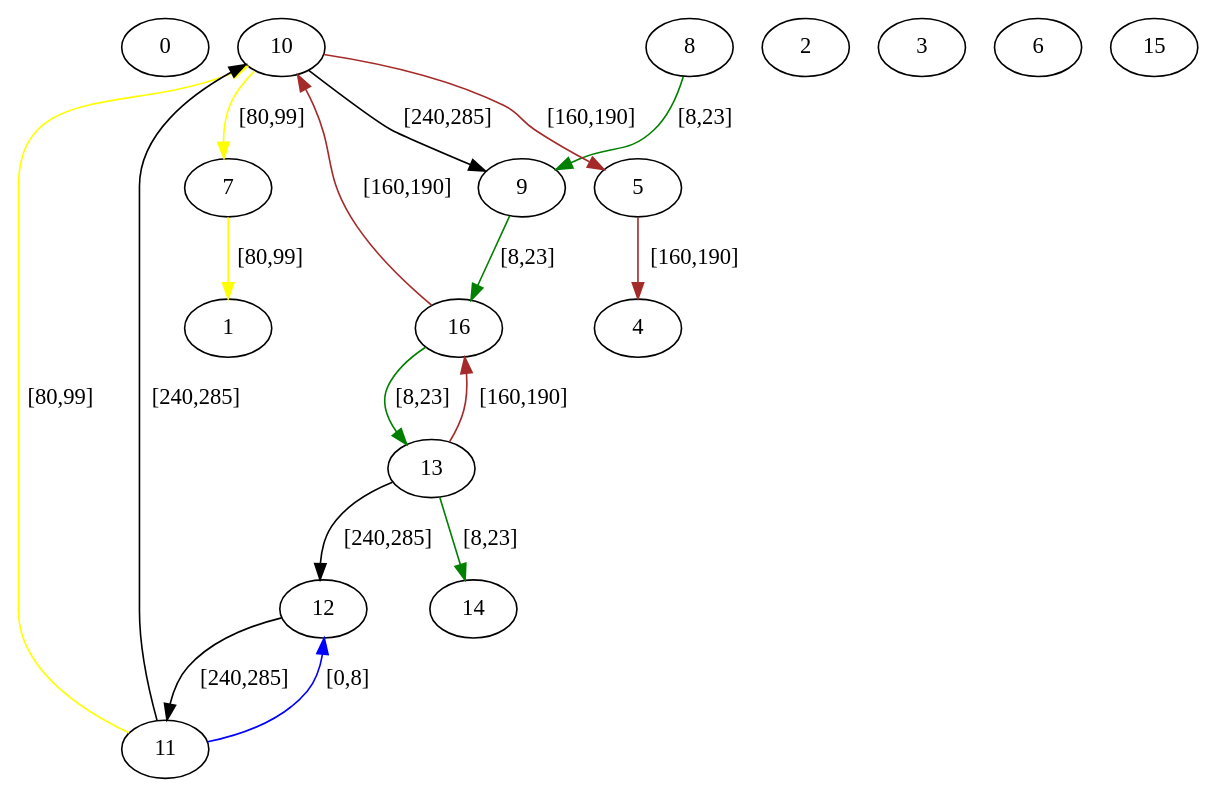
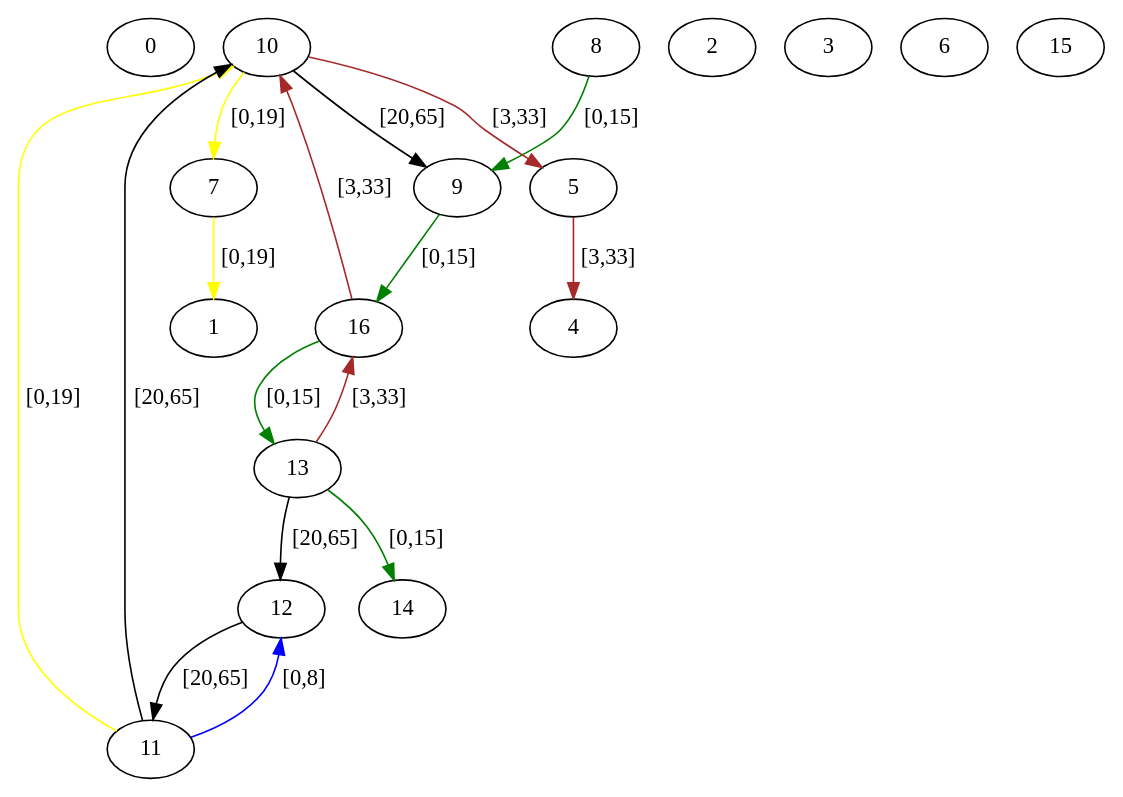
The diagram in src/assignedGraphs/assigned.dot (Hebbe1234/ExpectAll), drawn with Graphviz before and after one commit. The commit also changed 2 other files, not shown here.

```diff
--- a/src/assignedGraphs/assigned.dot
+++ b/src/assignedGraphs/assigned.dot
@@ -1,35 +1,35 @@
 digraph  {
 0 [label=0];
 1 [label=1];
 2 [label=2];
 3 [label=3];
 4 [label=4];
 5 [label=5];
 6 [label=6];
 7 [label=7];
 8 [label=8];
 9 [label=9];
 10 [label=10];
 11 [label=11];
 12 [label=12];
 13 [label=13];
 14 [label=14];
 15 [label=15];
 16 [label=16];
-5 -> 4  [color=brown, key=0, label="[160,190]"];
-7 -> 1  [color=yellow, key=0, label="[80,99]"];
-8 -> 9  [color=green, key=0, label="[8,23]"];
-9 -> 16  [color=green, key=0, label="[8,23]"];
-10 -> 7  [color=yellow, key=0, label="[80,99]"];
-10 -> 5  [color=brown, key=0, label="[160,190]"];
-10 -> 9  [color=black, key=0, label="[240,285]"];
+5 -> 4  [color=brown, key=0, label="[3,33]"];
+7 -> 1  [color=yellow, key=0, label="[0,19]"];
+8 -> 9  [color=green, key=0, label="[0,15]"];
+9 -> 16  [color=green, key=0, label="[0,15]"];
+10 -> 7  [color=yellow, key=0, label="[0,19]"];
+10 -> 5  [color=brown, key=0, label="[3,33]"];
+10 -> 9  [color=black, key=0, label="[20,65]"];
 11 -> 12  [color=blue, key=0, label="[0,8]"];
-11 -> 10  [color=yellow, key=0, label="[80,99]"];
-11 -> 10  [color=black, key=1, label="[240,285]"];
-12 -> 11  [color=black, key=0, label="[240,285]"];
-13 -> 14  [color=green, key=0, label="[8,23]"];
-13 -> 16  [color=brown, key=0, label="[160,190]"];
-13 -> 12  [color=black, key=0, label="[240,285]"];
-16 -> 13  [color=green, key=0, label="[8,23]"];
-16 -> 10  [color=brown, key=0, label="[160,190]"];
+11 -> 10  [color=yellow, key=0, label="[0,19]"];
+11 -> 10  [color=black, key=1, label="[20,65]"];
+12 -> 11  [color=black, key=0, label="[20,65]"];
+13 -> 14  [color=green, key=0, label="[0,15]"];
+13 -> 16  [color=brown, key=0, label="[3,33]"];
+13 -> 12  [color=black, key=0, label="[20,65]"];
+16 -> 13  [color=green, key=0, label="[0,15]"];
+16 -> 10  [color=brown, key=0, label="[3,33]"];
 }
```
